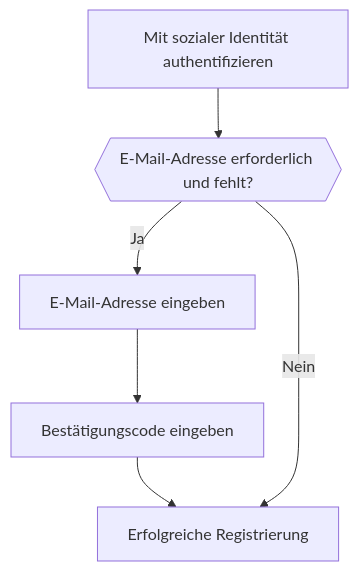
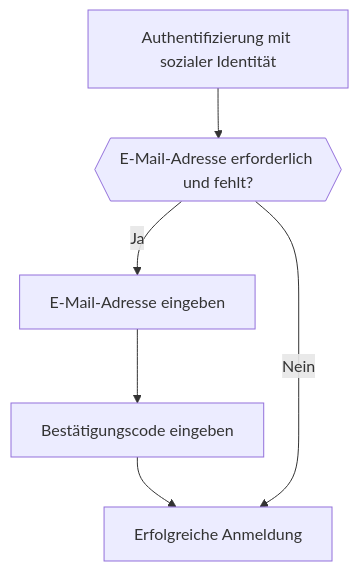
Before and after one commit to logto-io/docs: the fourth of 5 diagrams in i18n/de/docusaurus-plugin-content-docs/current/end-user-flows/sign-up-and-sign-in/social-sign-in.mdx, drawn with Mermaid. The commit also changed other lines of this file and 428 other files, not shown here.

````diff
--- a/i18n/de/docusaurus-plugin-content-docs/current/end-user-flows/sign-up-and-sign-in/social-sign-in.mdx
+++ b/i18n/de/docusaurus-plugin-content-docs/current/end-user-flows/sign-up-and-sign-in/social-sign-in.mdx
@@ -133,8 +136,8 @@
    ```mermaid
    flowchart TD
-      A[Mit sozialer Identität authentifizieren] --> B{{E-Mail-Adresse erforderlich und fehlt?}}
+      A[Authentifizierung mit sozialer Identität] --> B{{E-Mail-Adresse erforderlich und fehlt?}}
       B -- Ja --> C[E-Mail-Adresse eingeben]
       C --> D[Bestätigungscode eingeben]
-      D --> E[Erfolgreiche Registrierung]
+      D --> E[Erfolgreiche Anmeldung]
       B -- Nein --> E
    ```
````
